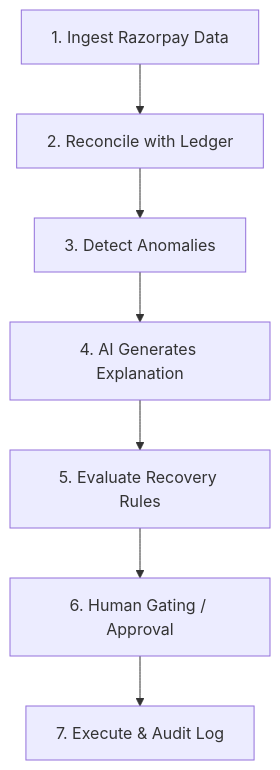
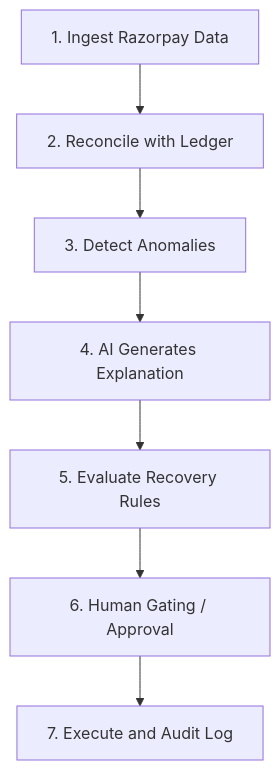
One commit to riti2043/AI_settlement_auditor changed the second of 4 diagrams in README.md. Above: the diagram before and after it, drawn with Mermaid. The commit also changed other lines of this file, not shown here.

````diff
--- a/README.md
+++ b/README.md
@@ -117,9 +133,9 @@
 ```mermaid
 flowchart TD
-    1[1. Ingest Razorpay Data] --> 2[2. Reconcile with Ledger]
-    2 --> 3[3. Detect Anomalies]
-    3 --> 4[4. AI Generates Explanation]
-    4 --> 5[5. Evaluate Recovery Rules]
-    5 --> 6[6. Human Gating / Approval]
-    6 --> 7[7. Execute & Audit Log]
+    S1[1. Ingest Razorpay Data] --> S2[2. Reconcile with Ledger]
+    S2 --> S3[3. Detect Anomalies]
+    S3 --> S4[4. AI Generates Explanation]
+    S4 --> S5[5. Evaluate Recovery Rules]
+    S5 --> S6[6. Human Gating / Approval]
+    S6 --> S7[7. Execute and Audit Log]
 ```
````
